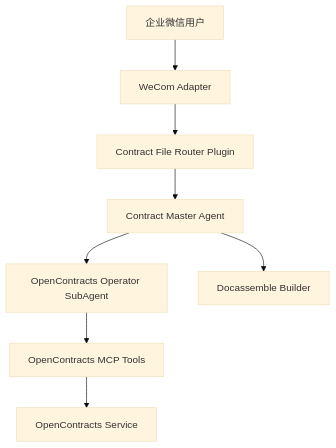
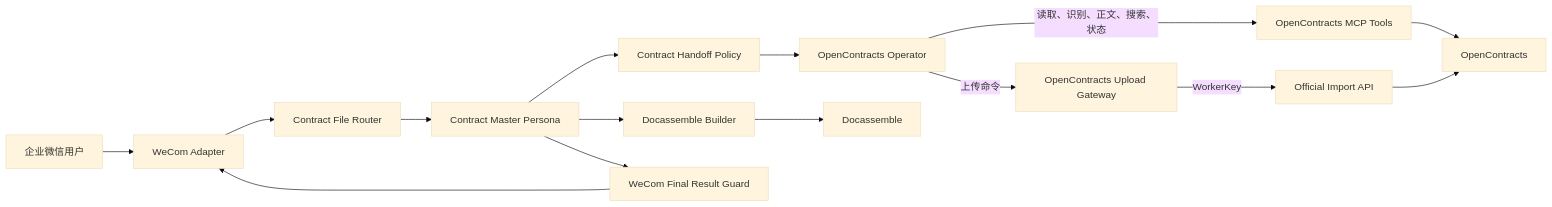
Before and after one commit to Ri0n72Y/ContractBotConfig: the diagram in docs/uml/system.md, drawn with Mermaid (base theme). The commit also changed other lines of this file, not shown here.

Commit message:
docs(uml): refine system integration paths

````diff
--- a/docs/uml/system.md
+++ b/docs/uml/system.md
@@ -3,19 +5,31 @@
 ```mermaid
-flowchart TD
+flowchart LR
     User[企业微信用户]
     WeCom[WeCom Adapter]
-    Router[Contract File Router Plugin]
-    Master[Contract Master Agent]
-    OC[OpenContracts Operator SubAgent]
+    Router[Contract File Router]
+    Master[Contract Master Persona]
+    Handoff[Contract Handoff Policy]
+    OCOperator[OpenContracts Operator]
     MCP[OpenContracts MCP Tools]
-    OpenContracts[OpenContracts Service]
-    Docassemble[Docassemble Builder]
+    Gateway[OpenContracts Upload Gateway]
+    ImportAPI[Official Import API]
+    OpenContracts[OpenContracts]
+    Guard[WeCom Final Result Guard]
+    DocBuilder[Docassemble Builder]
+    Docassemble[Docassemble]
 
     User --> WeCom
     WeCom --> Router
     Router --> Master
-    Master --> OC
-    OC --> MCP
+    Master --> Handoff
+    Handoff --> OCOperator
+    OCOperator -->|读取、识别、正文、搜索、状态| MCP
     MCP --> OpenContracts
-    Master --> Docassemble
+    OCOperator -->|上传命令| Gateway
+    Gateway -->|WorkerKey| ImportAPI
+    ImportAPI --> OpenContracts
+    Master --> DocBuilder
+    DocBuilder --> Docassemble
+    Master --> Guard
+    Guard --> WeCom
 ```
````
